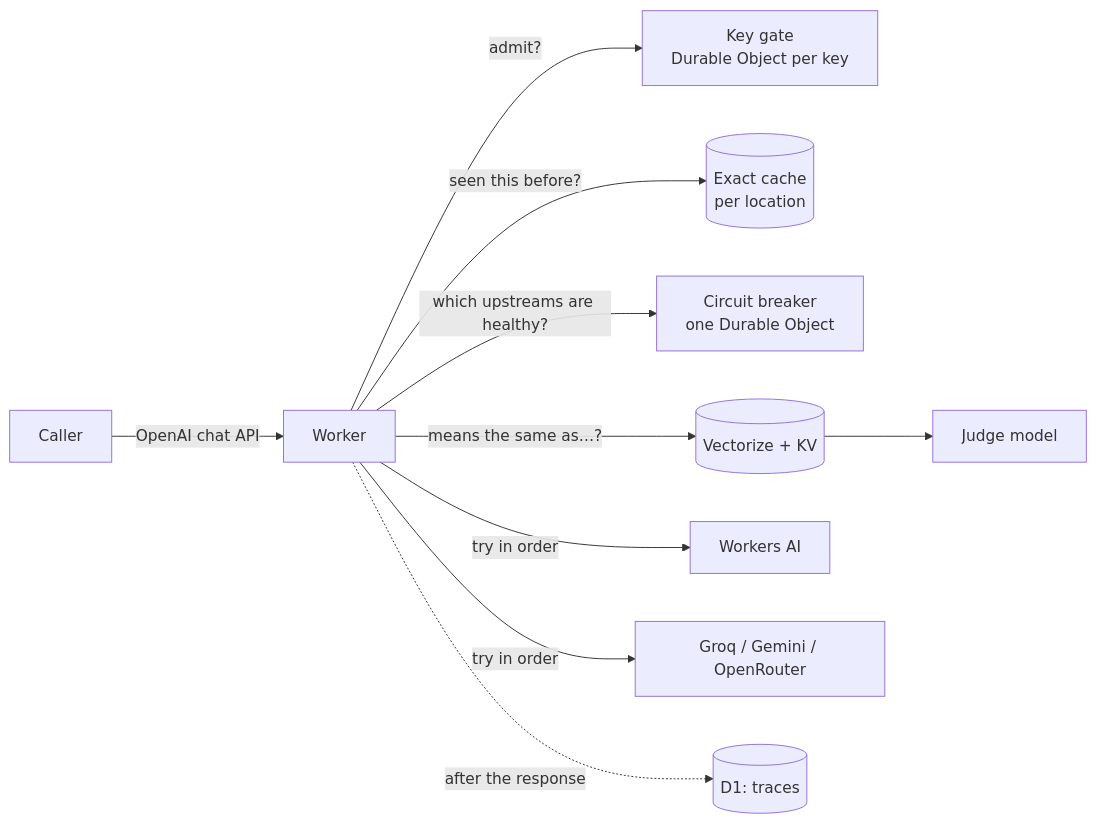
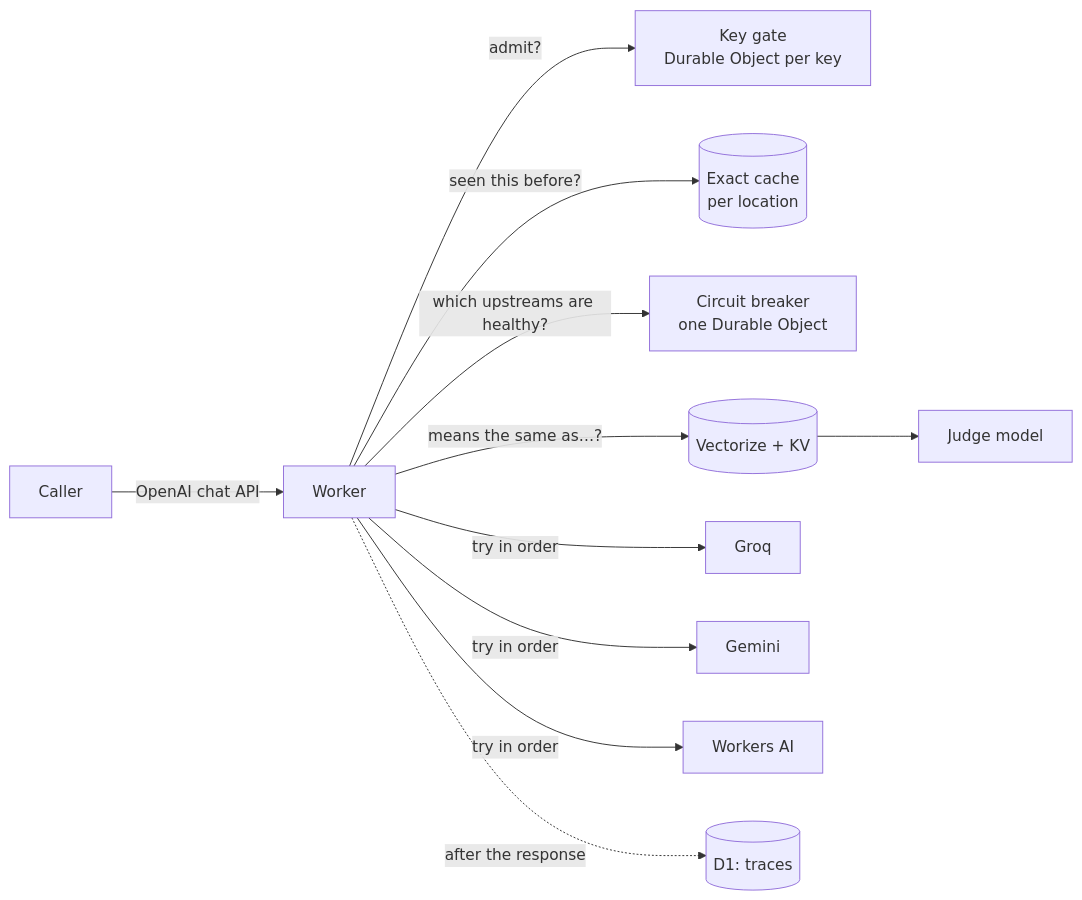
Before and after one commit to iampdt/tollgate: the diagram in README.md, drawn with Mermaid. The commit also changed other lines of this file and 25 other files, not shown here.

First line of the commit message:
Route across Groq, Gemini and OpenAI, with measured results

````diff
--- a/README.md
+++ b/README.md
@@ -44,10 +45,10 @@
 ```mermaid
 flowchart LR
   C[Caller] -- "OpenAI chat API" --> W[Worker]
   W -- "admit?" --> G[Key gate<br/>Durable Object per key]
   W -- "seen this before?" --> X[(Exact cache<br/>per location)]
   W -- "which upstreams are healthy?" --> B[Circuit breaker<br/>one Durable Object]
   W -- "means the same as…?" --> V[(Vectorize + KV)] --> J[Judge model]
-  W -- "try in order" --> U1[Workers AI] & U2[Groq / Gemini / OpenRouter]
+  W -- "try in order" --> U1[Groq] & U2[Gemini] & U3[Workers AI]
   W -. "after the response" .-> D[(D1: traces)]
 ```
````
